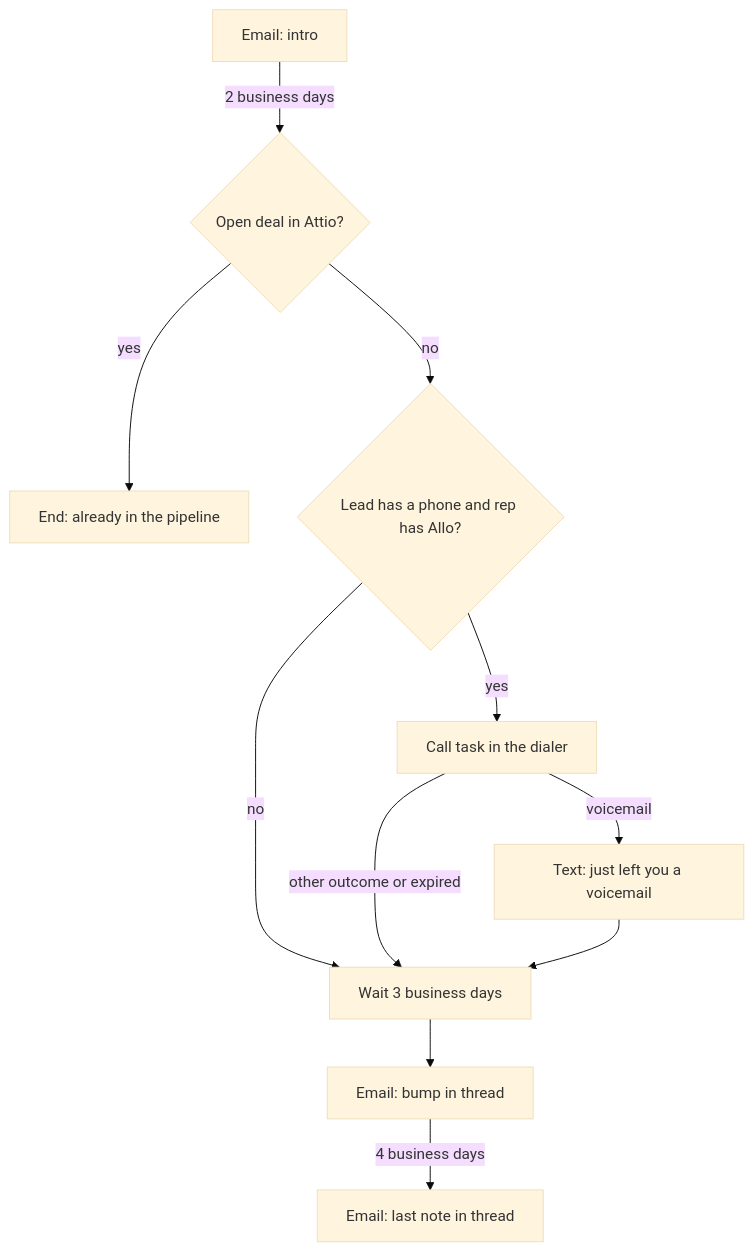
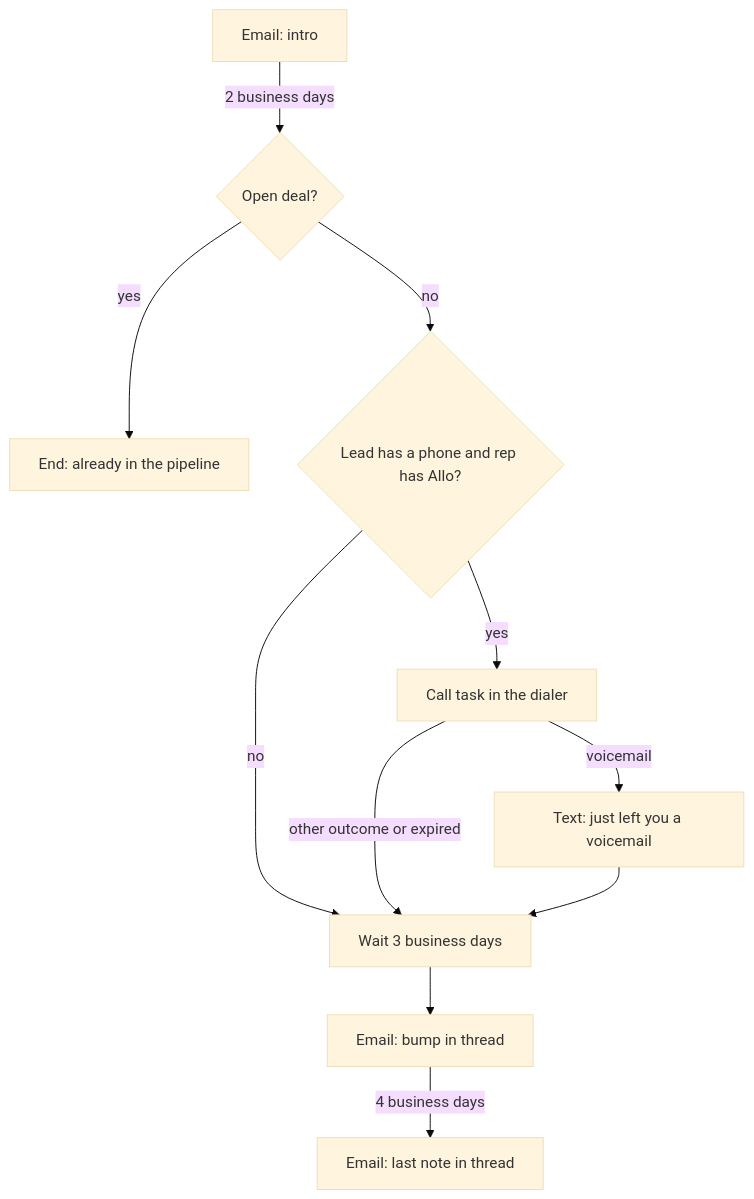
Before and after one commit to lguerberg/open-sequence: the diagram in packages/docs/content/docs/docs/use-cases/sales-outbound.mdx, drawn with Mermaid (base theme). The commit also changed other lines of this file and 4 other files, not shown here.

````diff
--- a/packages/docs/content/docs/docs/use-cases/sales-outbound.mdx
+++ b/packages/docs/content/docs/docs/use-cases/sales-outbound.mdx
@@ -10,13 +10,13 @@
 ```mermaid
 flowchart TD
-  A[Email: intro] -->|2 business days| B{Open deal in Attio?}
+  A[Email: intro] -->|2 business days| B{Open deal?}
   B -->|yes| X[End: already in the pipeline]
   B -->|no| C{Lead has a phone and rep has Allo?}
   C -->|yes| D[Call task in the dialer]
   C -->|no| F
   D -->|voicemail| E[Text: just left you a voicemail]
   D -->|other outcome or expired| F[Wait 3 business days]
   E --> F
   F --> G[Email: bump in thread]
   G -->|4 business days| H[Email: last note in thread]
 ```
````
